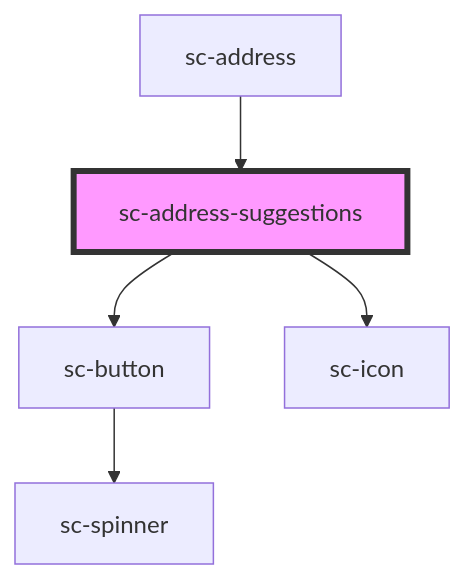
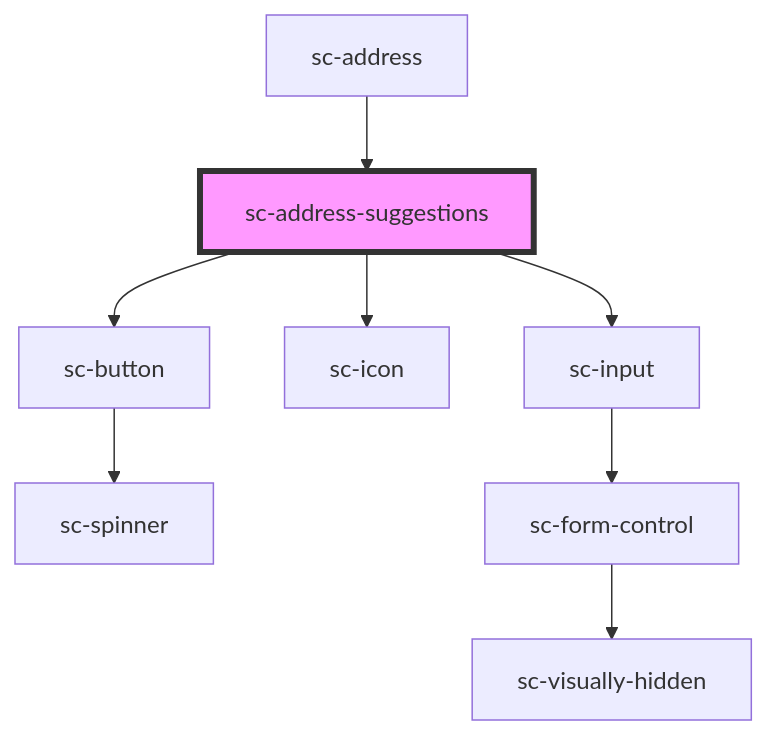
One commit to surecart/surecart-wp-plugin changed the diagram in packages/components/src/components/ui/address-suggestion/readme.md. Above: the diagram before and after it, drawn with Mermaid. The commit also changed other lines of this file and 9 other files, not shown here.

````diff
--- a/packages/components/src/components/ui/address-suggestion/readme.md
+++ b/packages/components/src/components/ui/address-suggestion/readme.md
@@ -50,8 +60,11 @@
 ```mermaid
 graph TD;
   sc-address-suggestions --> sc-button
   sc-address-suggestions --> sc-icon
+  sc-address-suggestions --> sc-input
   sc-button --> sc-spinner
+  sc-input --> sc-form-control
+  sc-form-control --> sc-visually-hidden
   sc-address --> sc-address-suggestions
   style sc-address-suggestions fill:#f9f,stroke:#333,stroke-width:4px
 ```
````
